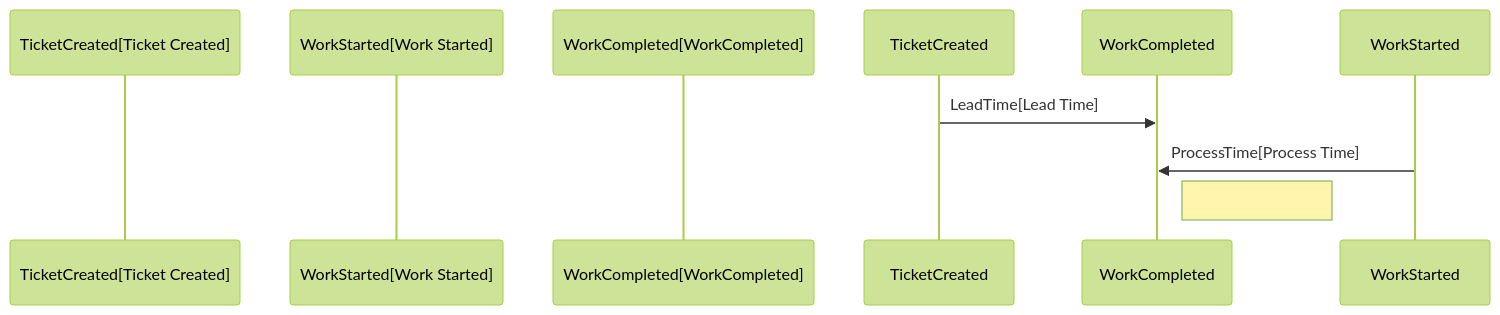
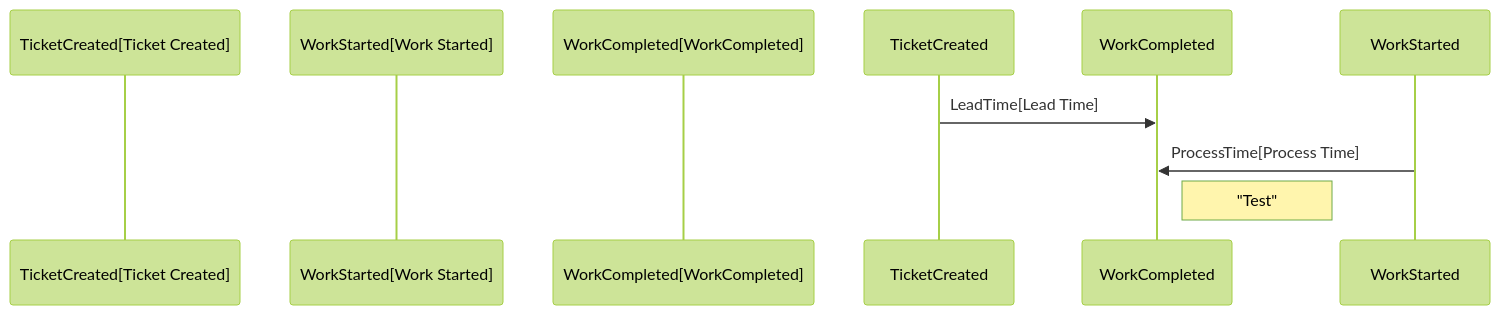
Before and after one commit to wayofthepie/notes: the second of 2 diagrams in books/the_devops_handbook.md, drawn with Mermaid (forest theme).

Commit message:
Add note

````diff
--- a/books/the_devops_handbook.md
+++ b/books/the_devops_handbook.md
@@ -20,10 +20,10 @@
 ```mermaid
 %%{init: { 'sequence': {'messageAlign': 'left'} }}%%
 sequenceDiagram
     participant TicketCreated[Ticket Created]
     participant WorkStarted[Work Started]
     participant WorkCompleted[WorkCompleted]
     TicketCreated->>WorkCompleted: LeadTime[Lead Time]
     WorkStarted->>WorkCompleted: ProcessTime[Process Time]
-    Note right of WorkCompleted:
+    Note right of WorkCompleted: "Test"
 ```
````
